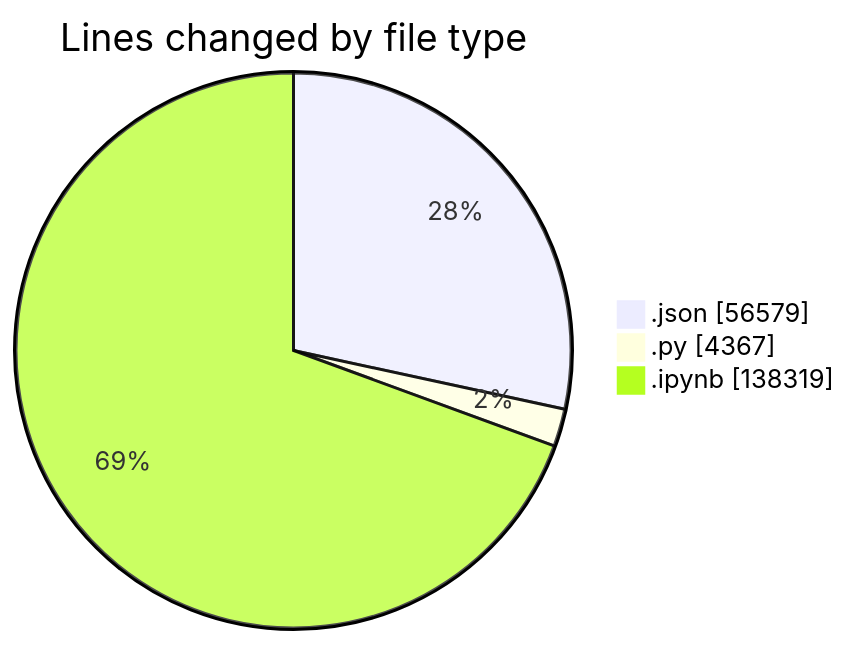
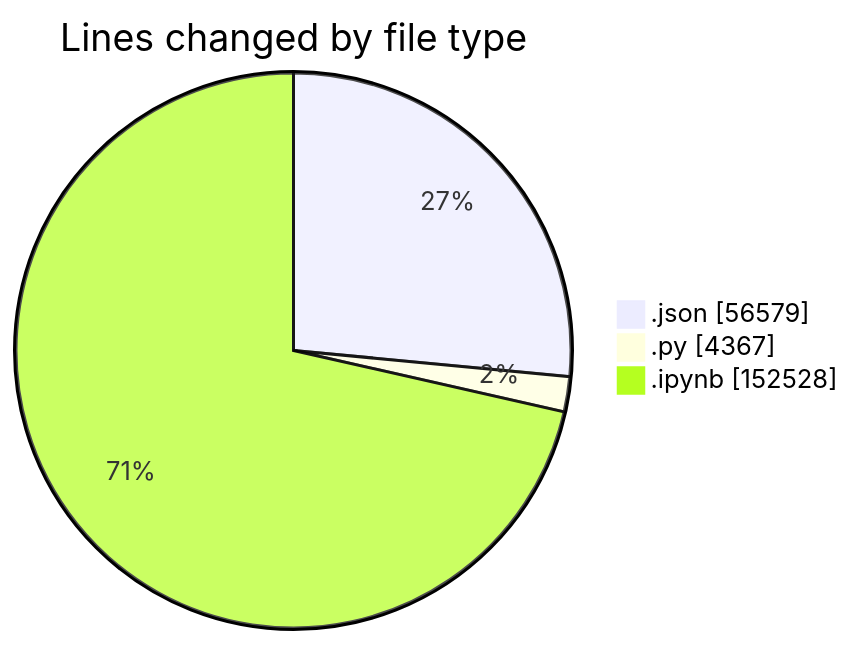
One commit to MatusMokan/code-tracking changed the first of 2 diagrams in 2025-10-04/untitled__workspace_/README.md. Above: the diagram before and after it, drawn with Mermaid. The commit also changed other lines of this file and 1 other file, not shown here.

````diff
--- a/2025-10-04/untitled__workspace_/README.md
+++ b/2025-10-04/untitled__workspace_/README.md
@@ -36,7 +36,7 @@
 ```mermaid
 pie showData
 title Lines changed by file type
 ".json" : 56579
 ".py" : 4367
-".ipynb" : 138319
+".ipynb" : 152528
 ```
````
